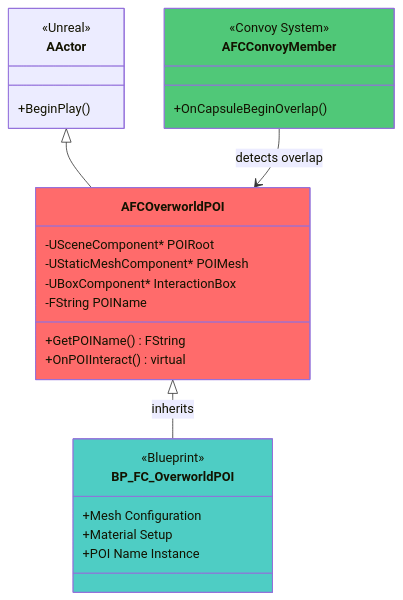
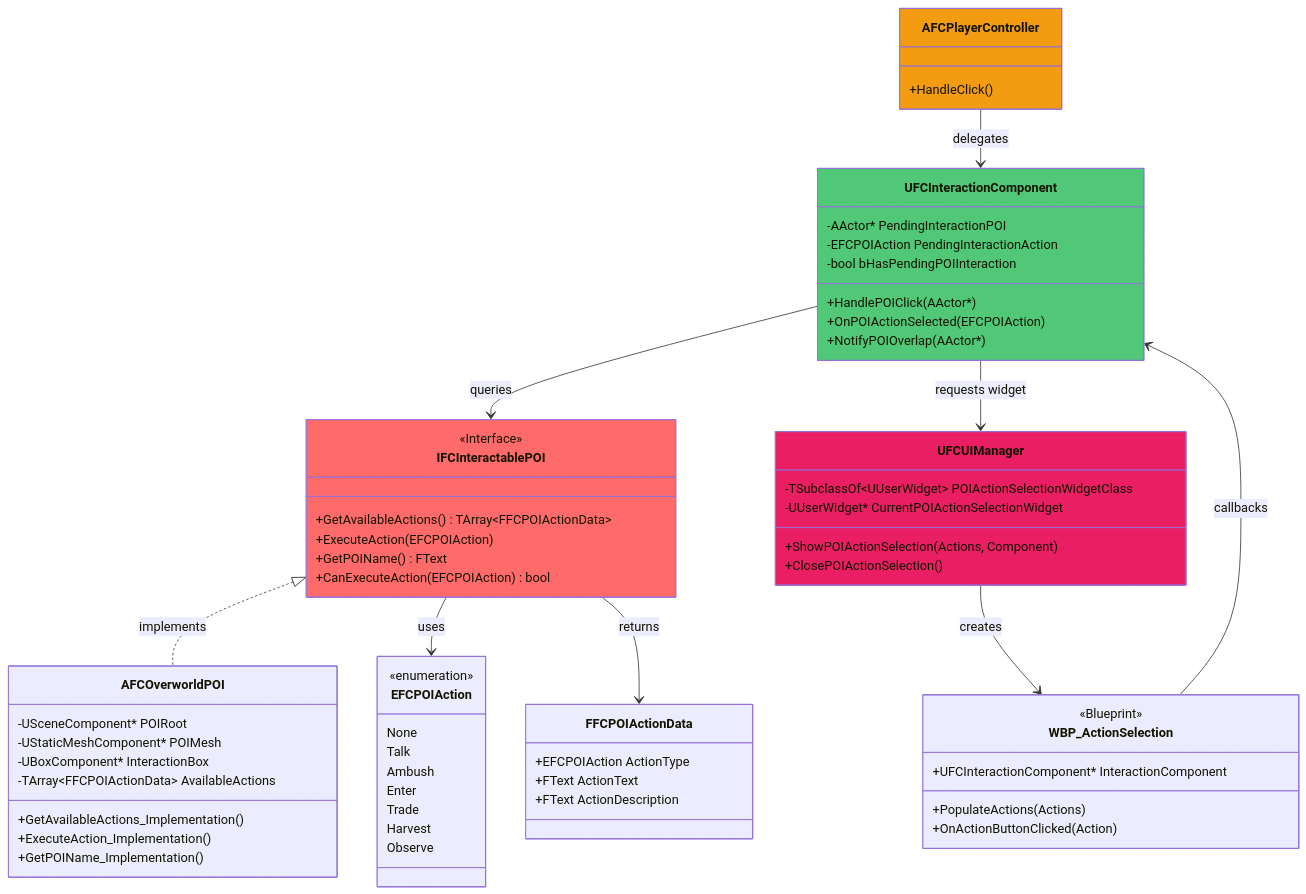
One commit to SLoebelt/fallen_compass changed diagram 20 of 20 in Docs/Technical_Documentation.md. Above: the diagram before and after it, drawn with Mermaid. The commit also changed other lines of this file and 8 other files, not shown here.

Commit message:
feat(overworld): Implement POI interaction with component architecture

````diff
--- a/Docs/Technical_Documentation.md
+++ b/Docs/Technical_Documentation.md
@@ -7249,36 +7249,78 @@
 ```mermaid
 classDiagram
-    class AActor {
-        <<Unreal>>
-        +BeginPlay()
+    class IFCInteractablePOI {
+        <<Interface>>
+        +GetAvailableActions() TArray~FFCPOIActionData~
+        +ExecuteAction(EFCPOIAction)
+        +GetPOIName() FText
+        +CanExecuteAction(EFCPOIAction) bool
+    }
+
+    class EFCPOIAction {
+        <<enumeration>>
+        None
+        Talk
+        Ambush
+        Enter
+        Trade
+        Harvest
+        Observe
+    }
+
+    class FFCPOIActionData {
+        +EFCPOIAction ActionType
+        +FText ActionText
+        +FText ActionDescription
     }
 
     class AFCOverworldPOI {
         -USceneComponent* POIRoot
         -UStaticMeshComponent* POIMesh
         -UBoxComponent* InteractionBox
-        -FString POIName
-        +GetPOIName() FString
-        +OnPOIInteract() virtual
+        -TArray~FFCPOIActionData~ AvailableActions
+        +GetAvailableActions_Implementation()
+        +ExecuteAction_Implementation()
+        +GetPOIName_Implementation()
     }
 
-    class BP_FC_OverworldPOI {
-        <<Blueprint>>
-        +Mesh Configuration
-        +Material Setup
-        +POI Name Instance
+    class UFCInteractionComponent {
+        -AActor* PendingInteractionPOI
+        -EFCPOIAction PendingInteractionAction
+        -bool bHasPendingPOIInteraction
+        +HandlePOIClick(AActor*)
+        +OnPOIActionSelected(EFCPOIAction)
+        +NotifyPOIOverlap(AActor*)
     }
 
-    class AFCConvoyMember {
-        <<Convoy System>>
-        +OnCapsuleBeginOverlap()
+    class UFCUIManager {
+        -TSubclassOf~UUserWidget~ POIActionSelectionWidgetClass
+        -UUserWidget* CurrentPOIActionSelectionWidget
+        +ShowPOIActionSelection(Actions, Component)
+        +ClosePOIActionSelection()
     }
 
-    AActor <|-- AFCOverworldPOI
-    AFCOverworldPOI <|-- BP_FC_OverworldPOI : inherits
-    AFCConvoyMember --> AFCOverworldPOI : detects overlap
+    class AFCPlayerController {
+        +HandleClick()
+    }
 
-    style AFCOverworldPOI fill:#ff6b6b
-    style BP_FC_OverworldPOI fill:#4ecdc4
-    style AFCConvoyMember fill:#50c878
+    class WBP_ActionSelection {
+        <<Blueprint>>
+        +UFCInteractionComponent* InteractionComponent
+        +PopulateActions(Actions)
+        +OnActionButtonClicked(Action)
+    }
+
+    IFCInteractablePOI <|.. AFCOverworldPOI : implements
+    IFCInteractablePOI --> EFCPOIAction : uses
+    IFCInteractablePOI --> FFCPOIActionData : returns
+    AFCPlayerController --> UFCInteractionComponent : delegates
+    UFCInteractionComponent --> IFCInteractablePOI : queries
+    UFCInteractionComponent --> UFCUIManager : requests widget
+    UFCUIManager --> WBP_ActionSelection : creates
+    WBP_ActionSelection --> UFCInteractionComponent : callbacks
+
+    style IFCInteractablePOI fill:#ff6b6b
+    style UFCInteractionComponent fill:#50c878
+    style UFCUIManager fill:#e91e63
+    style AFCPlayerController fill:#f39c12
 ```
````
